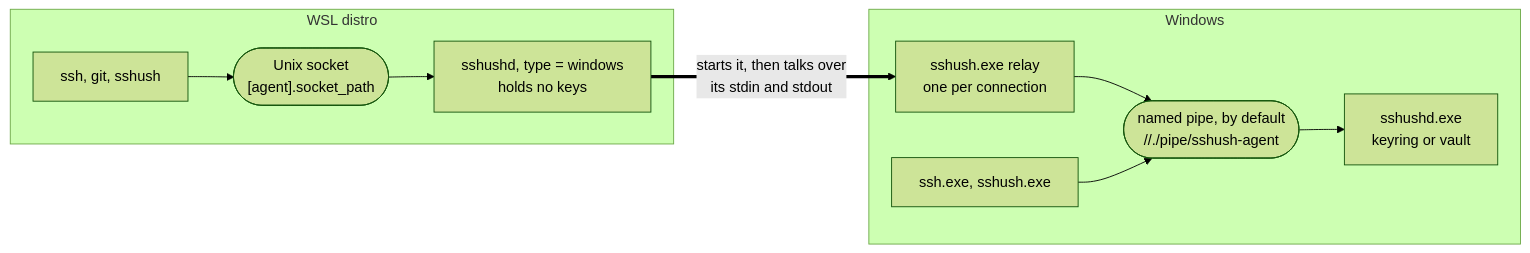
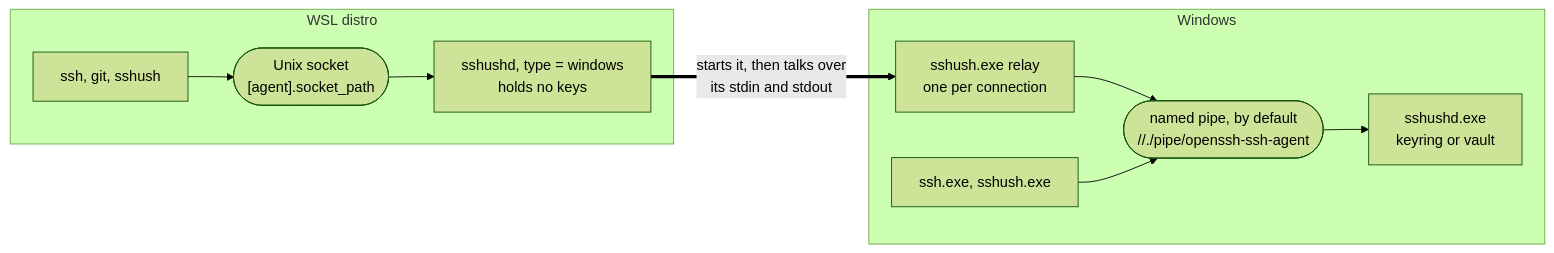
Before and after one commit to ollykeran/sshush: the second of 3 diagrams in docs/architecture.md, drawn with Mermaid (forest theme). The commit also changed 11 other files, not shown here.

First line of the commit message:
feat(windows): serve the OpenSSH agent's pipe by default

````diff
--- a/docs/architecture.md
+++ b/docs/architecture.md
@@ -127,18 +127,18 @@
 ```mermaid
 flowchart LR
   subgraph wsl ["WSL distro"]
     lc["ssh, git, sshush"]
     us(["Unix socket<br/>[agent].socket_path"])
     ld["sshushd, type = windows<br/>holds no keys"]
     lc --> us --> ld
   end
   subgraph windows ["Windows"]
     rl["sshush.exe relay<br/>one per connection"]
-    np(["named pipe, by default<br/>//./pipe/sshush-agent"])
+    np(["named pipe, by default<br/>//./pipe/openssh-ssh-agent"])
     wd["sshushd.exe<br/>keyring or vault"]
     wc["ssh.exe, sshush.exe"]
     rl --> np --> wd
     wc --> np
   end
   ld == "starts it, then talks over<br/>its stdin and stdout" ==> rl
 ```
````
